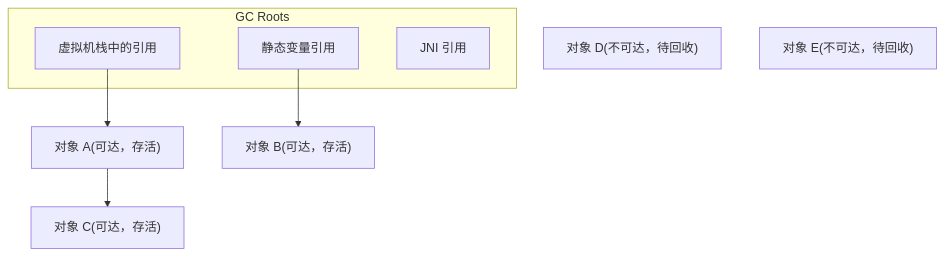
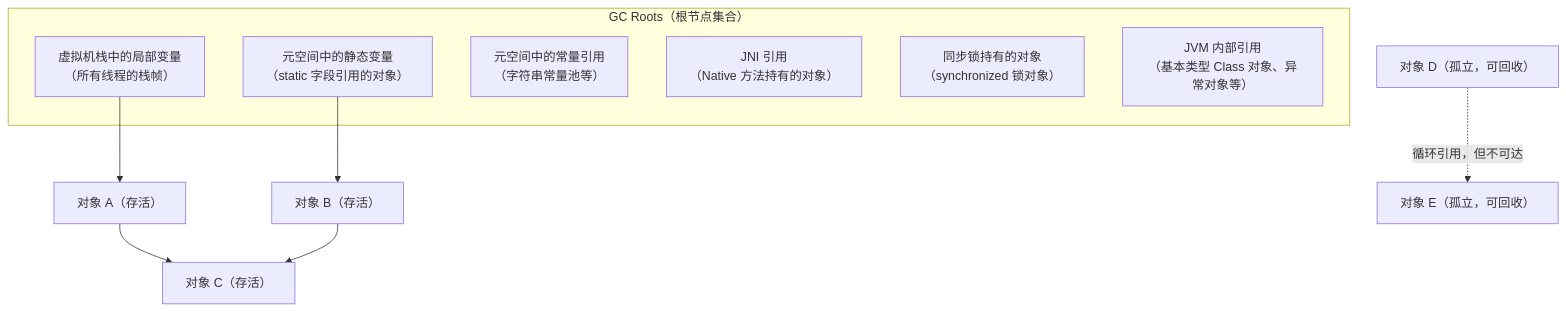
Before and after one commit to b1tzer/b1tzer.github.io: the third of 8 diagrams in docs/01-java-basic/04-JVM内存结构与GC.md, drawn with Mermaid. The commit also changed other lines of this file and 2 other files, not shown here.

````diff
--- a/docs/01-java-basic/04-JVM内存结构与GC.md
+++ b/docs/01-java-basic/04-JVM内存结构与GC.md
@@ -96,14 +274,19 @@
 ```mermaid
 flowchart TD
-    subgraph GC Roots
-        R1["虚拟机栈中的引用"]
-        R2["静态变量引用"]
-        R3["JNI 引用"]
+    subgraph GCRoots["GC Roots（根节点集合）"]
+        R1["虚拟机栈中的局部变量\n（所有线程的栈帧）"]
+        R2["元空间中的静态变量\n（static 字段引用的对象）"]
+        R3["元空间中的常量引用\n（字符串常量池等）"]
+        R4["JNI 引用\n（Native 方法持有的对象）"]
+        R5["同步锁持有的对象\n（synchronized 锁对象）"]
+        R6["JVM 内部引用\n（基本类型 Class 对象、异常对象等）"]
     end
 
-    R1 --> A["对象 A(可达，存活)"]
-    R2 --> B["对象 B(可达，存活)"]
-    A --> C["对象 C(可达，存活)"]
-    D["对象 D(不可达，待回收)"]
-    E["对象 E(不可达，待回收)"]
+    R1 --> A["对象 A（存活）"]
+    R2 --> B["对象 B（存活）"]
+    A --> C["对象 C（存活）"]
+    B --> C
+    D["对象 D（孤立，可回收）"]
+    E["对象 E（孤立，可回收）"]
+    D -.->|"循环引用，但不可达"| E
 ```
````
